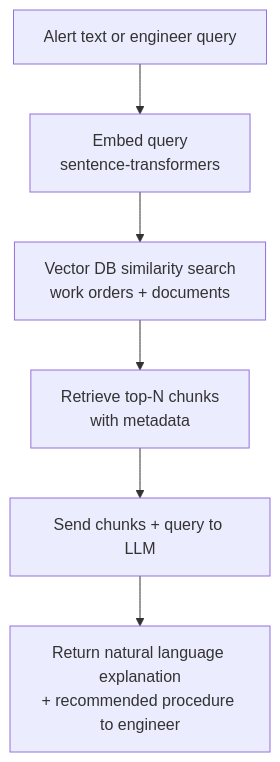
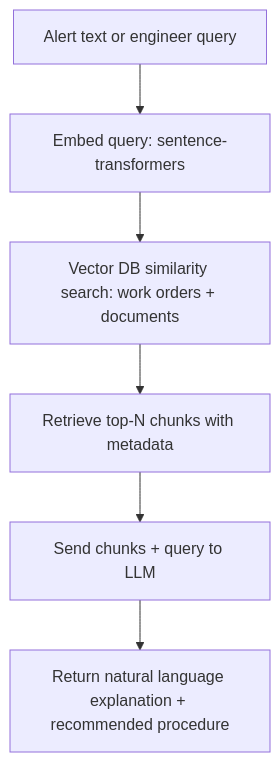
Before and after one commit to Petro-mind/main: the fifth of 6 diagrams in PetroMind_System_Analysis.md, drawn with Mermaid. The commit also changed other lines of this file, not shown here.

````diff
--- a/PetroMind_System_Analysis.md
+++ b/PetroMind_System_Analysis.md
@@ -778,8 +731,8 @@
 ```mermaid
 flowchart TD
-    A["Alert text or engineer query"] --> B["Embed query<br/>sentence-transformers"]
-    B --> C["Vector DB similarity search<br/>work orders + documents"]
-    C --> D["Retrieve top-N chunks<br/>with metadata"]
+    A["Alert text or engineer query"] --> B["Embed query: sentence-transformers"]
+    B --> C["Vector DB similarity search: work orders + documents"]
+    C --> D["Retrieve top-N chunks with metadata"]
     D --> E["Send chunks + query to LLM"]
-    E --> F["Return natural language explanation<br/>+ recommended procedure to engineer"]
+    E --> F["Return natural language explanation + recommended procedure"]
 ```
````
